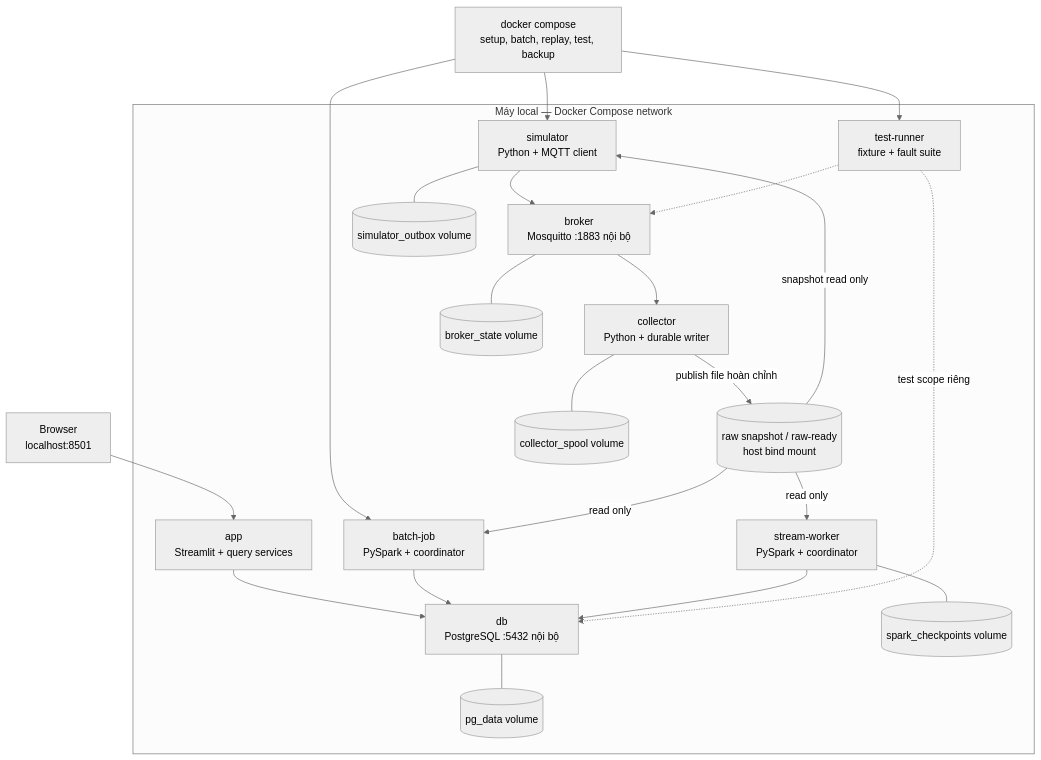
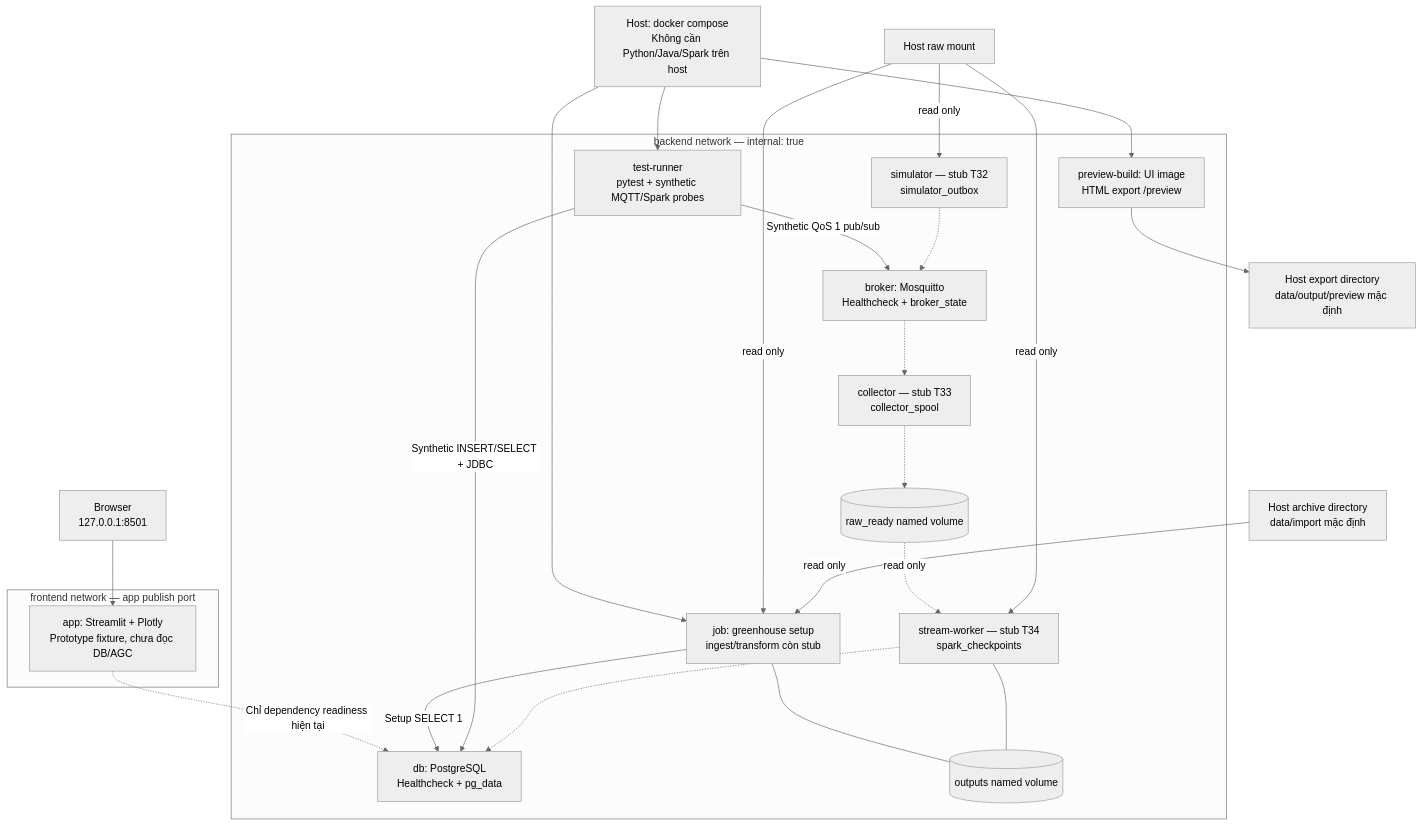
The diagram in docs/architecture/02-local-deployment.md (arcanine525/smart-green-house), drawn with Mermaid (neutral theme) before and after one commit. The commit also changed other lines of this file and 35 other files, not shown here.

Commit message:
build: scaffold Docker services and container CLI

````diff
--- a/docs/architecture/02-local-deployment.md
+++ b/docs/architecture/02-local-deployment.md
@@ -5,39 +5,40 @@
 ```mermaid
 flowchart TB
-    BROWSER["Browser<br/>localhost:8501"]
-    CLI["docker compose<br/>setup, batch, replay, test, backup"]
-    subgraph HOST["Máy local — Docker Compose network"]
-        APP["app<br/>Streamlit + query services"]
-        DB["db<br/>PostgreSQL :5432 nội bộ"]
-        JOB["batch-job<br/>PySpark + coordinator"]
-        STREAM["stream-worker<br/>PySpark + coordinator"]
-        SIM["simulator<br/>Python + MQTT client"]
-        BROKER["broker<br/>Mosquitto :1883 nội bộ"]
-        COL["collector<br/>Python + durable writer"]
-        TEST["test-runner<br/>fixture + fault suite"]
-        PGV[("pg_data volume")]
-        RAW[("raw snapshot / raw-ready<br/>host bind mount")]
-        SPOOL[("collector_spool volume")]
-        CP[("spark_checkpoints volume")]
-        BV[("broker_state volume")]
-        OUT[("simulator_outbox volume")]
+    CLI["Host: docker compose<br/>Không cần Python/Java/Spark trên host"]
+    BROWSER["Browser<br/>127.0.0.1:8501"]
+    subgraph FRONT["frontend network — app publish port"]
+        APP["app: Streamlit + Plotly<br/>Prototype fixture, chưa đọc DB/AGC"]
     end
-    BROWSER --> APP --> DB
+    subgraph BACK["backend network — internal: true"]
+        JOB["job: greenhouse setup<br/>ingest/transform còn stub"]
+        TEST["test-runner<br/>pytest + synthetic MQTT/Spark probes"]
+        DB["db: PostgreSQL<br/>Healthcheck + pg_data"]
+        BROKER["broker: Mosquitto<br/>Healthcheck + broker_state"]
+        SIM["simulator — stub T32<br/>simulator_outbox"]
+        COL["collector — stub T33<br/>collector_spool"]
+        STREAM["stream-worker — stub T34<br/>spark_checkpoints"]
+        READY[("raw_ready named volume")]
+        OUT[("outputs named volume")]
+        PREVIEW["preview-build: UI image<br/>HTML export /preview"]
+    end
+    BROWSER --> APP
+    APP -.->|"Chỉ dependency readiness hiện tại"| DB
     CLI --> JOB
-    CLI --> SIM
     CLI --> TEST
-    JOB --> DB
-    STREAM --> DB
-    SIM --> BROKER --> COL
-    SIM --- OUT
-    BROKER --- BV
-    COL --- SPOOL
-    COL -->|"publish file hoàn chỉnh"| RAW
-    RAW -->|"read only"| JOB
+    CLI --> PREVIEW
+    JOB -->|"Setup SELECT 1"| DB
+    TEST -->|"Synthetic INSERT/SELECT + JDBC"| DB
+    TEST -->|"Synthetic QoS 1 pub/sub"| BROKER
+    SIM -.-> BROKER
+    BROKER -.-> COL
+    COL -.-> READY
+    READY -.->|"read only"| STREAM
+    STREAM -.-> DB
+    JOB --- OUT
+    STREAM --- OUT
+    RAW["Host raw mount"] -->|"read only"| JOB
+    RAW -->|"read only"| SIM
     RAW -->|"read only"| STREAM
-    RAW -->|"snapshot read only"| SIM
-    STREAM --- CP
-    DB --- PGV
-    TEST -.->|"test scope riêng"| DB
-    TEST -.-> BROKER
+    IMPORT["Host archive directory<br/>data/import mặc định"] -->|"read only"| JOB
+    PREVIEW --> EXPORT["Host export directory<br/>data/output/preview mặc định"]
 ```
````
